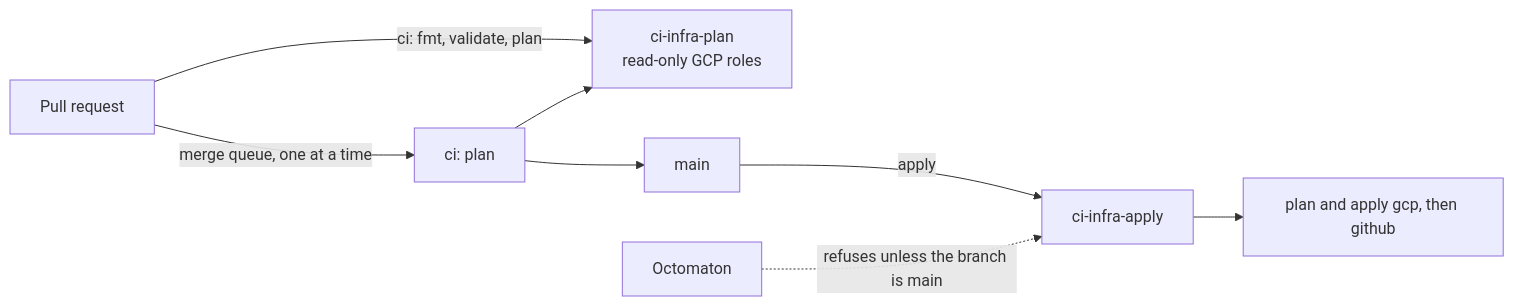
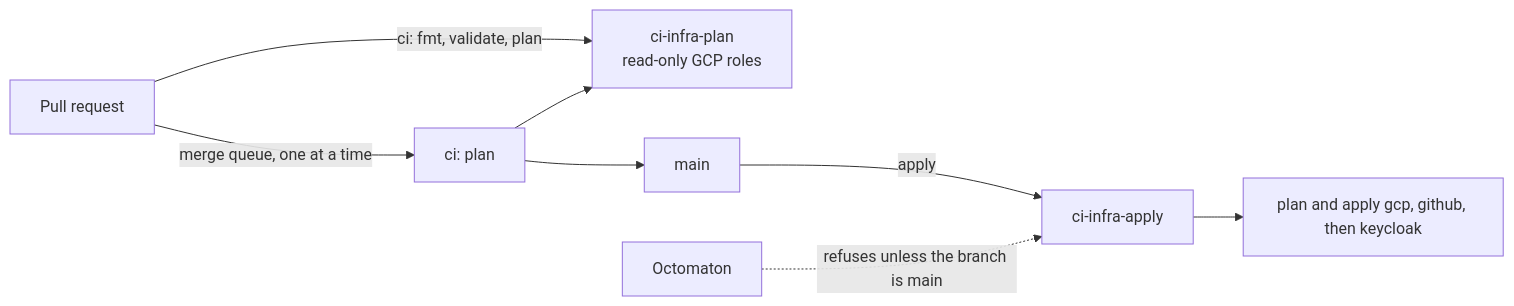
The diagram in hub/designs/terraform-plan-apply.md (arikkfir-org/docs), drawn with Mermaid before and after one commit.

Commit message:
docs(hub): name keycloak in the plan-and-apply diagram
The diagram's apply node still listed only gcp and github.

Claude-Session: https://claude.ai/code/session_01TTFb9iU7BbVT7zwPuzmChz

````diff
--- a/hub/designs/terraform-plan-apply.md
+++ b/hub/designs/terraform-plan-apply.md
@@ -19,10 +19,10 @@
 ```mermaid
 flowchart LR
   PR[Pull request] -->|ci: fmt, validate, plan| PL[ci-infra-plan<br/>read-only GCP roles]
   PR -->|merge queue, one at a time| MQ[ci: plan]
   MQ --> PL
   MQ --> M[main]
   M -->|apply| AP[ci-infra-apply]
   O[Octomaton] -. refuses unless the branch is main .-> AP
-  AP --> A[plan and apply gcp, then github]
+  AP --> A[plan and apply gcp, github, then keycloak]
 ```
````
